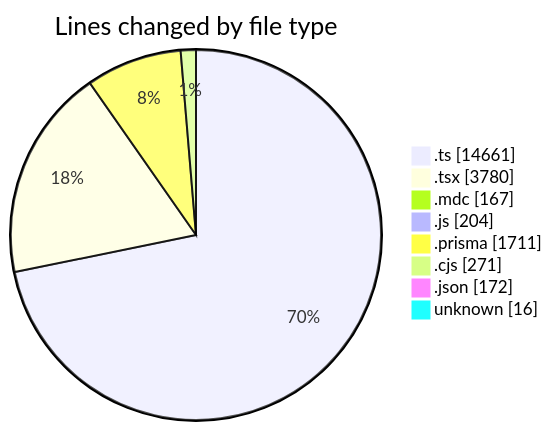
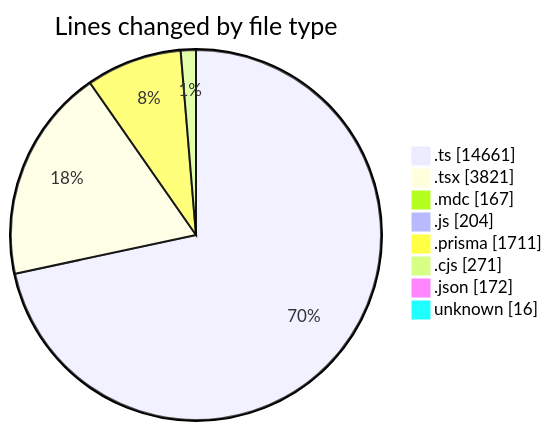
One commit to CELIANVF/code-tracking changed the first of 2 diagrams in 2025-06-06/ecodeli-1/README.md. Above: the diagram before and after it, drawn with Mermaid. The commit also changed other lines of this file and 1 other file, not shown here.

````diff
--- a/2025-06-06/ecodeli-1/README.md
+++ b/2025-06-06/ecodeli-1/README.md
@@ -83,12 +83,12 @@
 ```mermaid
 pie showData
 title Lines changed by file type
 ".ts" : 14661
-".tsx" : 3780
+".tsx" : 3821
 ".mdc" : 167
 ".js" : 204
 ".prisma" : 1711
 ".cjs" : 271
 ".json" : 172
 "unknown" : 16
 ```
````
